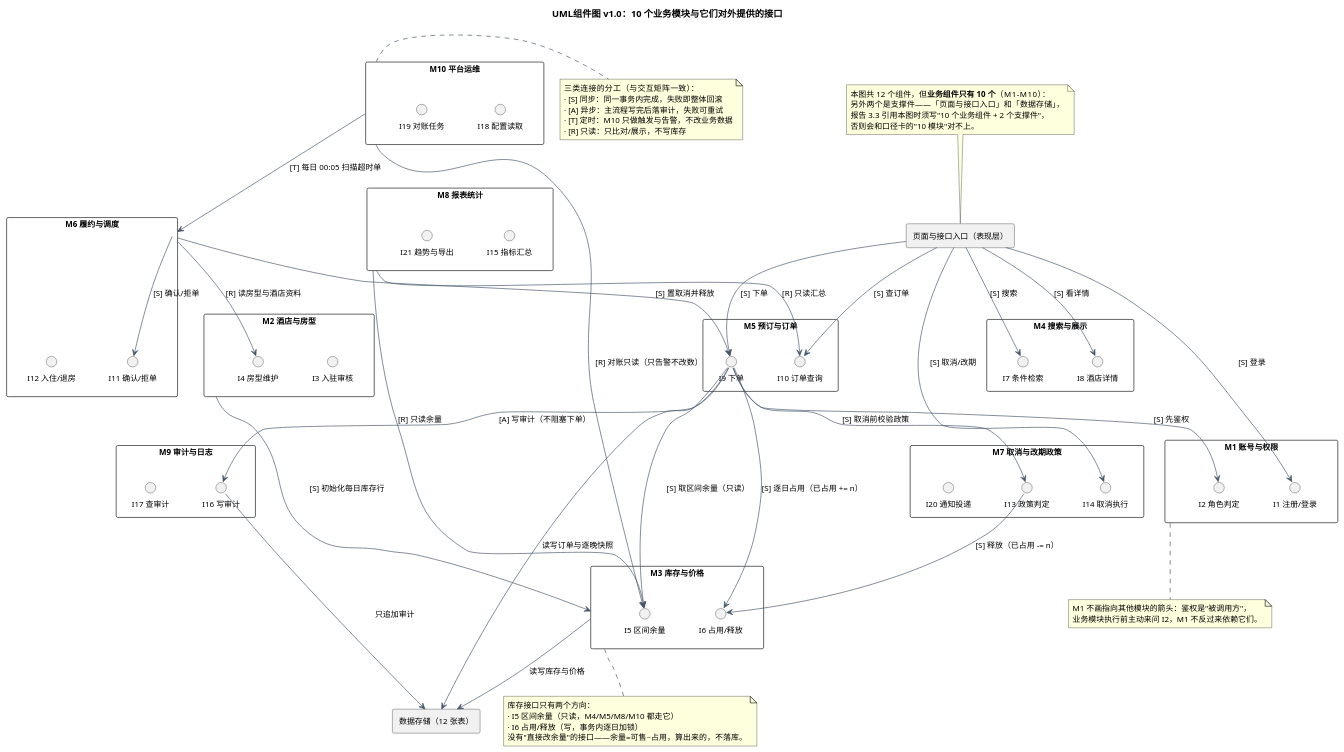
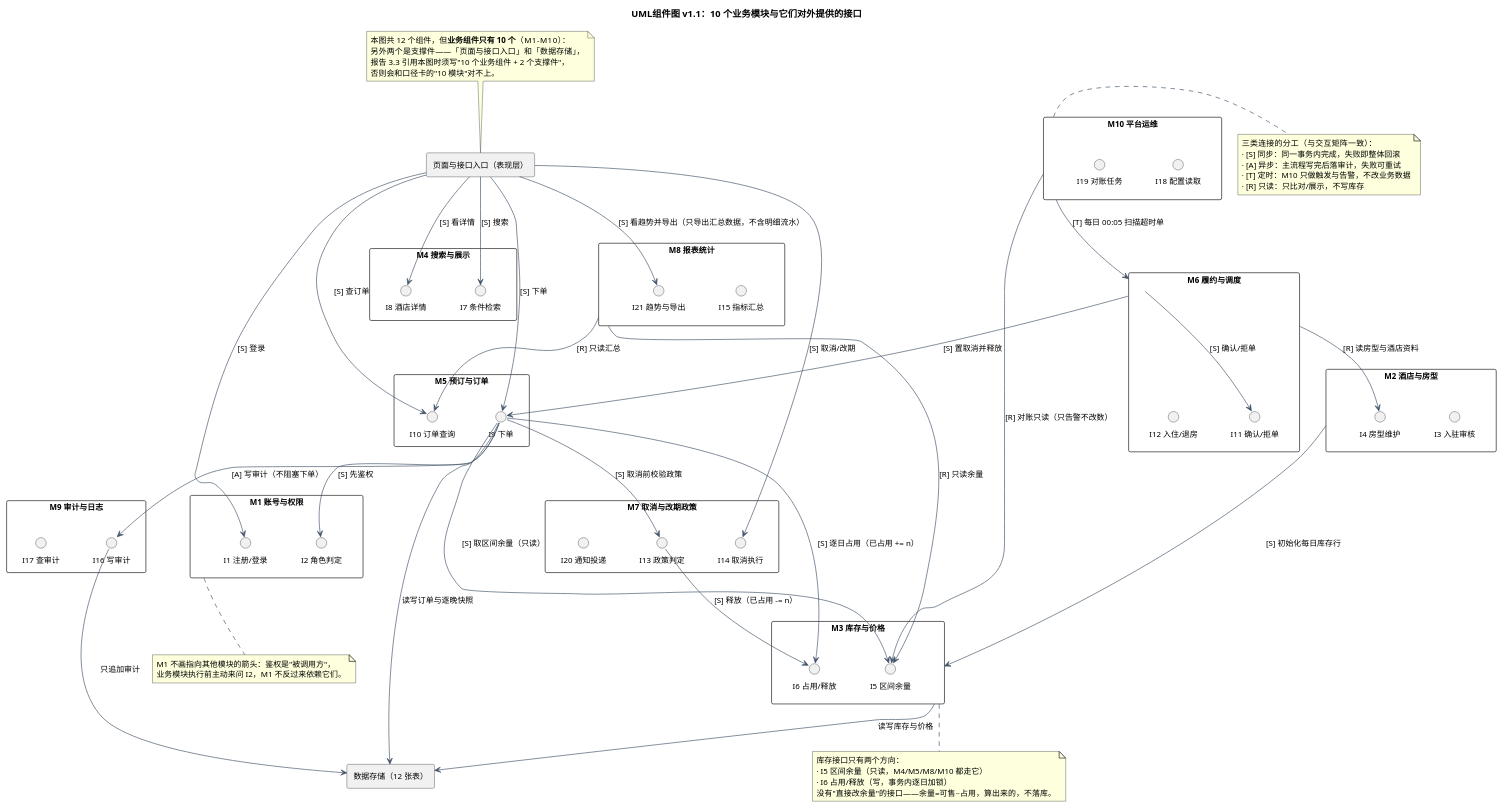
Before and after one commit to ChenYiFanAccount/softeng-lab1-requirements: the diagram in exp2/UML/UML组件图.puml, drawn with PlantUML. The commit also changed 12 other files, not shown here.

First line of the commit message:
[S3] 行为图三张：用例图 / 状态图 / 活动图（20/20 PASS）

```diff
--- a/exp2/UML/UML组件图.puml
+++ b/exp2/UML/UML组件图.puml
@@ -1,131 +1,132 @@
 @startuml
-' 版本：v1.0（2026-11-12，S2 结构图）
+' 版本：v1.1（2026-11-12，S2 复验校正：接口 21 个、给 I21 补连线）
 ' 口径来源：exp2/设计基线/02_模块划分与交互.md §2 模块卡片（对外接口）、§3 交互矩阵（S/A/T/R）
-' 画法：10 个业务模块各画成一个组件，组件框内列出它对外提供的具名接口（共 20 个）；
+' 画法：10 个业务模块各画成一个组件，组件框内列出它对外提供的具名接口（共 21 个）；
 ' 组件之间的箭头一律带 [S]/[A]/[T]/[R] 与接口名，与交互矩阵逐格对应。
-title UML组件图 v1.0：10 个业务模块与它们对外提供的接口
+title UML组件图 v1.1：10 个业务模块与它们对外提供的接口
 
 skinparam shadowing false
 skinparam defaultFontSize 12
 skinparam componentStyle rectangle
 skinparam ArrowColor #44546A
 
 component "页面与接口入口（表现层）" as WEB
 
 component "M1 账号与权限" as M1 {
   interface "I1 注册/登录" as I1
   interface "I2 角色判定" as I2
 }
 
 component "M2 酒店与房型" as M2 {
   interface "I3 入驻审核" as I3
   interface "I4 房型维护" as I4
 }
 
 component "M3 库存与价格" as M3 {
   interface "I5 区间余量" as I5
   interface "I6 占用/释放" as I6
 }
 
 component "M4 搜索与展示" as M4 {
   interface "I7 条件检索" as I7
   interface "I8 酒店详情" as I8
 }
 
 component "M5 预订与订单" as M5 {
   interface "I9 下单" as I9
   interface "I10 订单查询" as I10
 }
 
 component "M6 履约与调度" as M6 {
   interface "I11 确认/拒单" as I11
   interface "I12 入住/退房" as I12
 }
 
 component "M7 取消与改期政策" as M7 {
   interface "I13 政策判定" as I13
   interface "I14 取消执行" as I14
   interface "I20 通知投递" as I20
 }
 
 component "M8 报表统计" as M8 {
   interface "I15 指标汇总" as I15
   interface "I21 趋势与导出" as I21
 }
 
 component "M9 审计与日志" as M9 {
   interface "I16 写审计" as I16
   interface "I17 查审计" as I17
 }
 
 component "M10 平台运维" as M10 {
   interface "I18 配置读取" as I18
   interface "I19 对账任务" as I19
 }
 
 component "数据存储（12 张表）" as DB
 
 ' ---------- 入口 → 业务模块 ----------
 WEB --> I1 : [S] 登录
 WEB --> I7 : [S] 搜索
 WEB --> I8 : [S] 看详情
 WEB --> I9 : [S] 下单
 WEB --> I10 : [S] 查订单
 WEB --> I14 : [S] 取消/改期
+WEB --> I21 : [S] 看趋势并导出（只导出汇总数据，不含明细流水）
 
 ' ---------- 下单链路 ----------
 I9 --> I2 : [S] 先鉴权
 I9 --> I5 : [S] 取区间余量（只读）
 I9 --> I6 : [S] 逐日占用（已占用 += n）
 I9 --> I16 : [A] 写审计（不阻塞下单）
 
 ' ---------- 取消 / 超时释放 ----------
 I9 --> I13 : [S] 取消前校验政策
 I13 --> I6 : [S] 释放（已占用 -= n）
 M10 --> M6 : [T] 每日 00:05 扫描超时单
 M6 --> I9 : [S] 置取消并释放
 
 ' ---------- 履约 ----------
 M6 --> I4 : [R] 读房型与酒店资料
 M6 --> I11 : [S] 确认/拒单
 
 ' ---------- 库存维护 ----------
 M2 --> M3 : [S] 初始化每日库存行
 
 ' ---------- 只读侧 ----------
 M8 --> I10 : [R] 只读汇总
 M8 --> I5 : [R] 只读余量
 M10 --> I5 : [R] 对账只读（只告警不改数）
 
 ' ---------- 持久化 ----------
 M3 --> DB : 读写库存与价格
 I9 --> DB : 读写订单与逐晚快照
 I16 --> DB : 只追加审计
 
 note right of M10
   三类连接的分工（与交互矩阵一致）：
   · [S] 同步：同一事务内完成，失败即整体回滚
   · [A] 异步：主流程写完后落审计，失败可重试
   · [T] 定时：M10 只做触发与告警，不改业务数据
   · [R] 只读：只比对/展示，不写库存
 end note
 
 note bottom of M3
   库存接口只有两个方向：
   · I5 区间余量（只读，M4/M5/M8/M10 都走它）
   · I6 占用/释放（写，事务内逐日加锁）
   没有"直接改余量"的接口——余量=可售−占用，算出来的，不落库。
 end note
 
 note bottom of M1
   M1 不画指向其他模块的箭头：鉴权是"被调用方"，
   业务模块执行前主动来问 I2，M1 不反过来依赖它们。
 end note
 
 note top of WEB
   本图共 12 个组件，但**业务组件只有 10 个**（M1–M10）：
   另外两个是支撑件——「页面与接口入口」和「数据存储」，
   报告 3.3 引用本图时须写"10 个业务组件 + 2 个支撑件"，
   否则会和口径卡的"10 模块"对不上。
 end note
 @enduml
```
